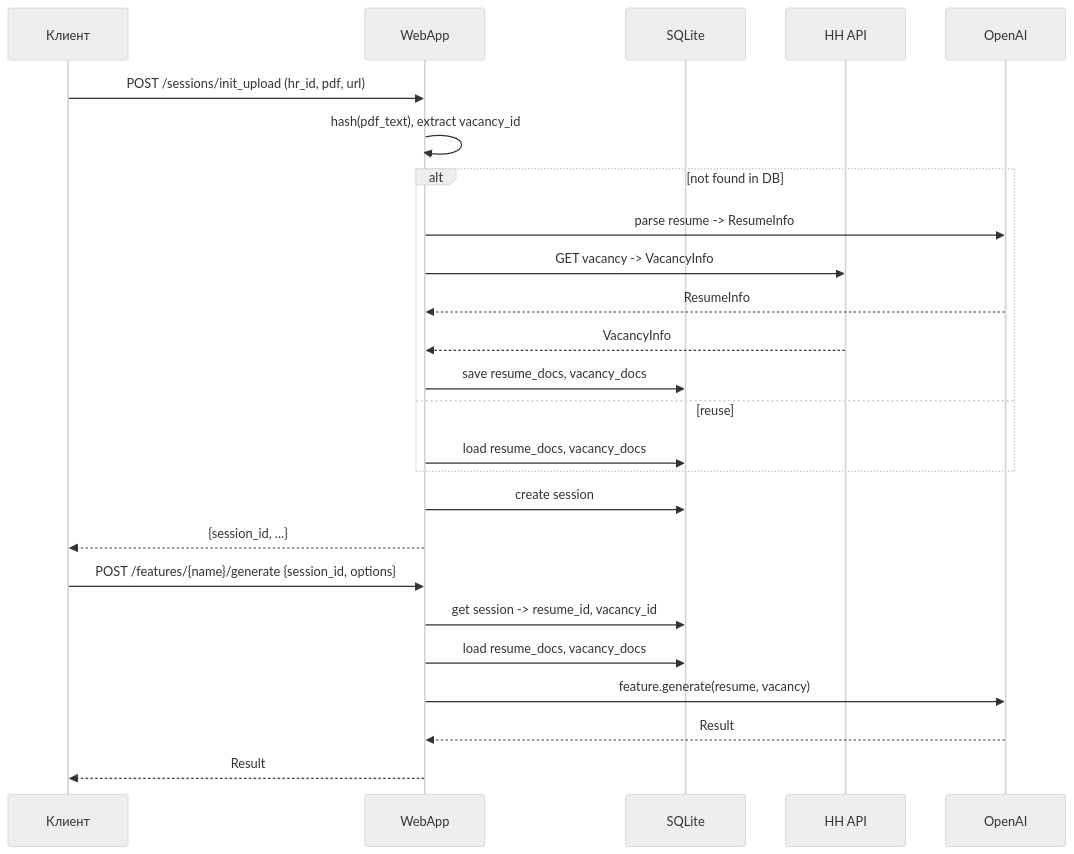
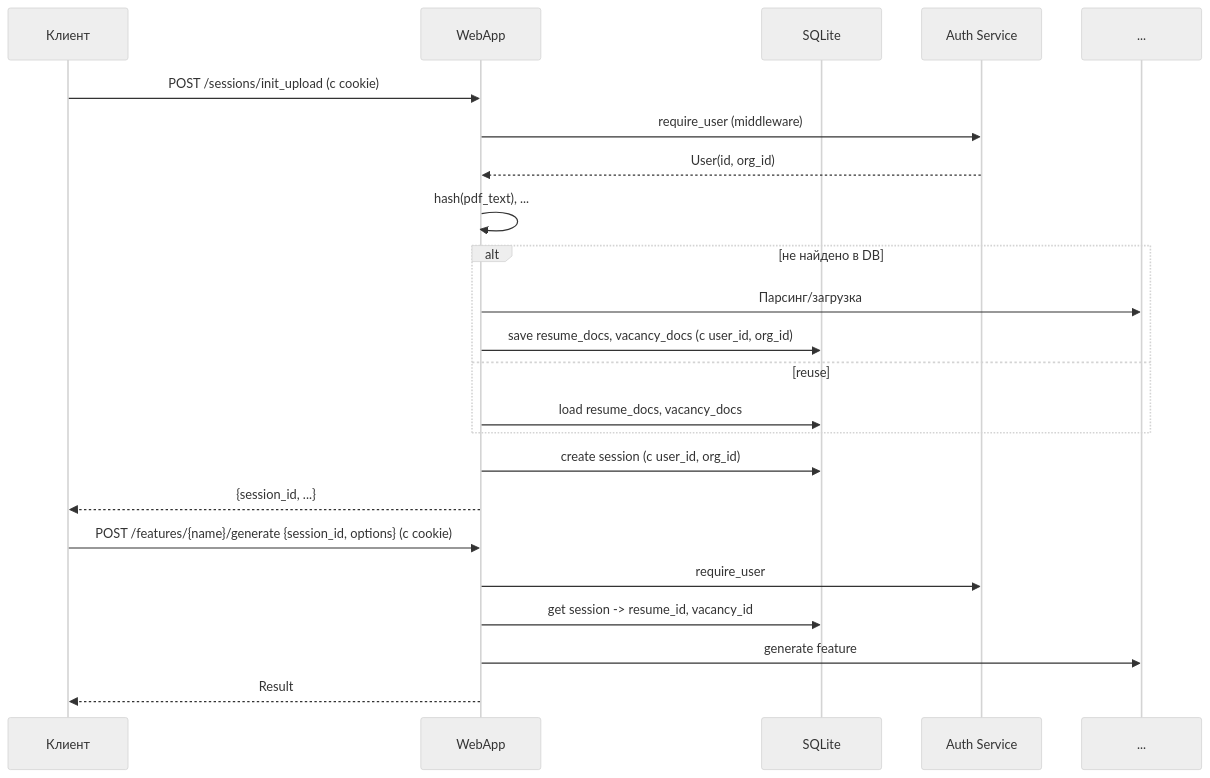
One commit to Maskedxxx/refactor_gpt_4_mini_hackaton_final changed the second of 2 diagrams in docs/architecture/components/webapp.md. Above: the diagram before and after it, drawn with Mermaid (neutral theme). The commit also changed other lines of this file and 11 other files, not shown here.

First line of the commit message:
Тема: feat(auth): рефакторинг документации и README для нового auth-flow

````diff
--- a/docs/architecture/components/webapp.md
+++ b/docs/architecture/components/webapp.md
@@ -106,29 +66,26 @@
 ```mermaid
 sequenceDiagram
   participant FE as Клиент
   participant WA as WebApp
   participant DB as SQLite
-  participant HH as HH API
-  participant LLM as OpenAI
+  participant Auth as Auth Service
 
-  FE->>WA: POST /sessions/init_upload (hr_id, pdf, url)
-  WA->>WA: hash(pdf_text), extract vacancy_id
-  alt not found in DB
-    WA->>LLM: parse resume -> ResumeInfo
-    WA->>HH: GET vacancy -> VacancyInfo
-    LLM-->>WA: ResumeInfo
-    HH-->>WA: VacancyInfo
-    WA->>DB: save resume_docs, vacancy_docs
+  FE->>WA: POST /sessions/init_upload (с cookie)
+  WA->>Auth: require_user (middleware)
+  Auth-->>WA: User(id, org_id)
+  WA->>WA: hash(pdf_text), ...
+  alt не найдено в DB
+    WA->>...: Парсинг/загрузка
+    WA->>DB: save resume_docs, vacancy_docs (с user_id, org_id)
   else reuse
     WA->>DB: load resume_docs, vacancy_docs
   end
-  WA->>DB: create session
+  WA->>DB: create session (с user_id, org_id)
   WA-->>FE: {session_id, ...}
 
-  FE->>WA: POST /features/{name}/generate {session_id, options}
+  FE->>WA: POST /features/{name}/generate {session_id, options} (с cookie)
+  WA->>Auth: require_user
   WA->>DB: get session -> resume_id, vacancy_id
-  WA->>DB: load resume_docs, vacancy_docs
-  WA->>LLM: feature.generate(resume, vacancy)
-  LLM-->>WA: Result
+  WA->>...: generate feature
   WA-->>FE: Result
 ```
````
